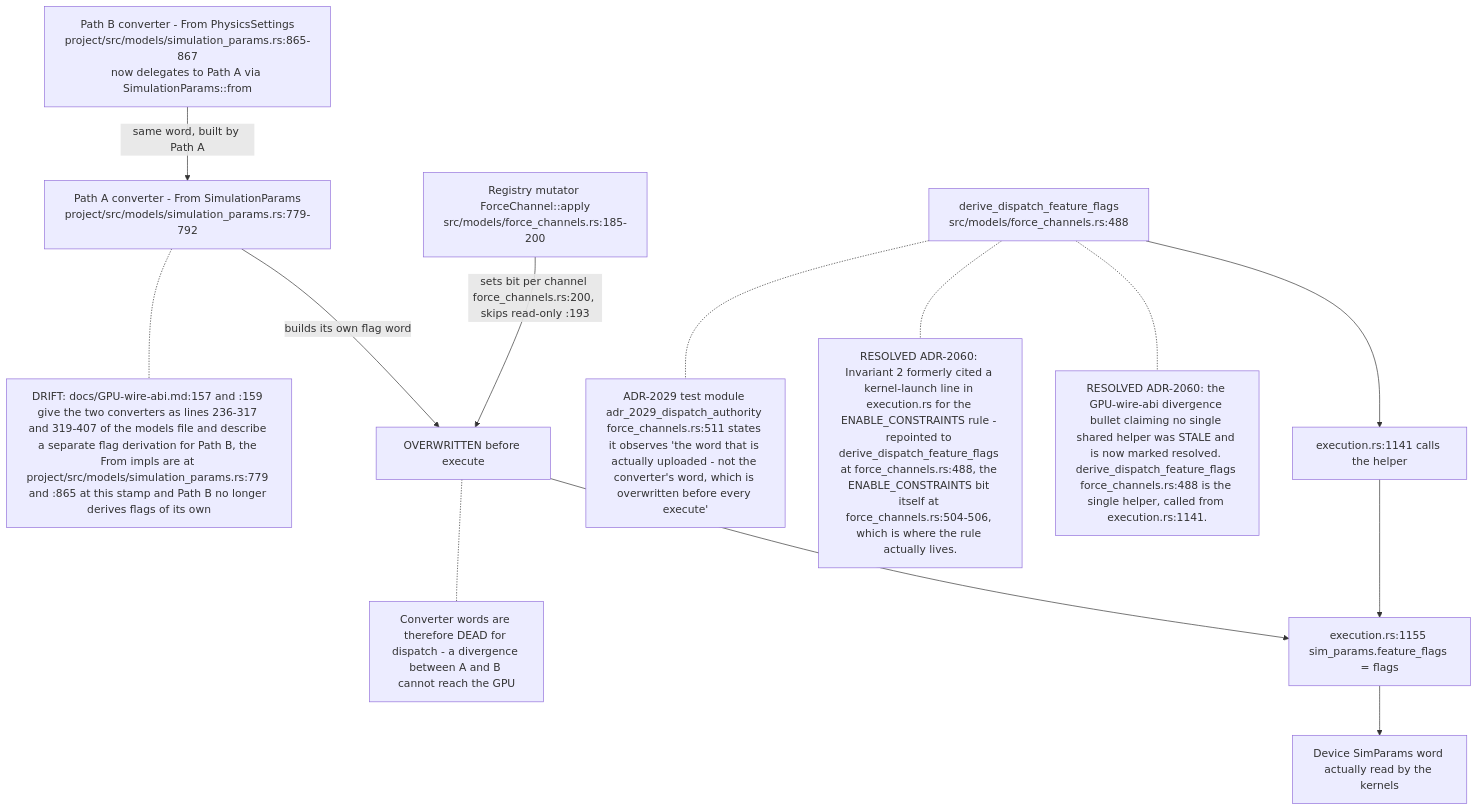
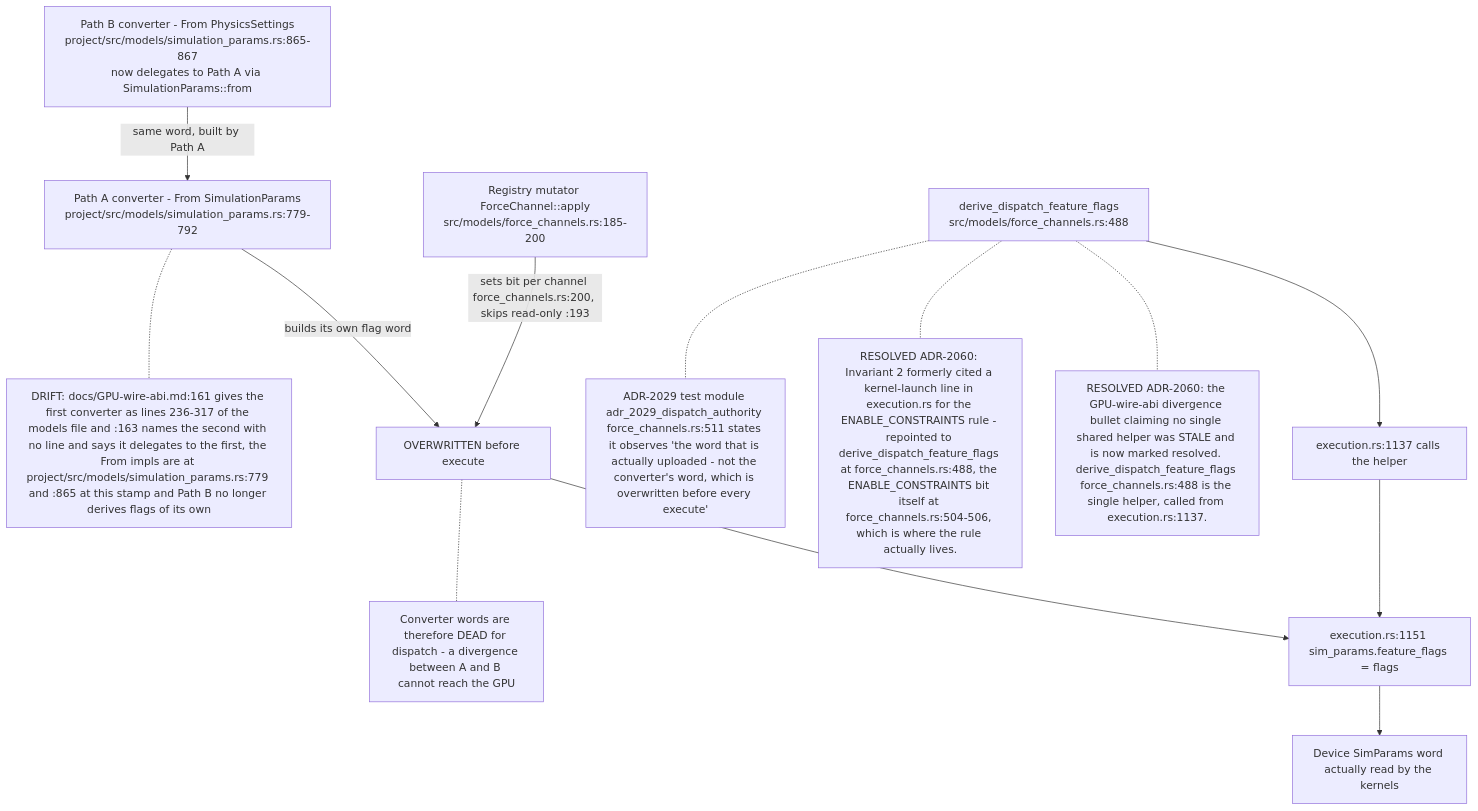
Before and after one commit to DreamLab-AI/VisionFlow: the third of 9 diagrams in docs/diagrams/visionclaw/11-physics-step-and-force-channels.md, drawn with Mermaid. The commit also changed other lines of this file and 81 other files, not shown here.

First line of the commit message:
docs(diagrams): roll VisionClaw topics to main 010e1109b (PR 37 and 38 merged); fix remaining prose citations

````diff
--- a/docs/diagrams/visionclaw/11-physics-step-and-force-channels.md
+++ b/docs/diagrams/visionclaw/11-physics-step-and-force-channels.md
@@ -130,27 +130,27 @@
 ```mermaid
 flowchart TD
     A["Path A converter - From SimulationParams<br/>project/src/models/simulation_params.rs:779-792"]
     B["Path B converter - From PhysicsSettings<br/>project/src/models/simulation_params.rs:865-867<br/>now delegates to Path A via SimulationParams::from"]
     C["Registry mutator ForceChannel::apply<br/>src/models/force_channels.rs:185-200"]
     D["derive_dispatch_feature_flags<br/>src/models/force_channels.rs:488"]
-    E["execution.rs:1141 calls the helper"]
-    F["execution.rs:1155 sim_params.feature_flags = flags"]
+    E["execution.rs:1137 calls the helper"]
+    F["execution.rs:1151 sim_params.feature_flags = flags"]
     G["Device SimParams word actually read by the kernels"]
 
     A -->|"builds its own flag word"| X["OVERWRITTEN before execute"]
     B -->|"same word, built by Path A"| A
     C -->|"sets bit per channel force_channels.rs:200, skips read-only :193"| X
     X --> F
     D --> E --> F --> G
 
-    N1["RESOLVED ADR-2060: the GPU-wire-abi divergence bullet claiming no single shared helper was STALE and is now marked resolved. derive_dispatch_feature_flags force_channels.rs:488 is the single helper, called from execution.rs:1141."]
+    N1["RESOLVED ADR-2060: the GPU-wire-abi divergence bullet claiming no single shared helper was STALE and is now marked resolved. derive_dispatch_feature_flags force_channels.rs:488 is the single helper, called from execution.rs:1137."]
     N2["RESOLVED ADR-2060: Invariant 2 formerly cited a kernel-launch line in execution.rs for the ENABLE_CONSTRAINTS rule - repointed to derive_dispatch_feature_flags at force_channels.rs:488, the ENABLE_CONSTRAINTS bit itself at force_channels.rs:504-506, which is where the rule actually lives."]
     N3["ADR-2029 test module adr_2029_dispatch_authority force_channels.rs:511 states it observes 'the word that is actually uploaded - not the converter's word, which is overwritten before every execute'"]
     N4["Converter words are therefore DEAD for dispatch - a divergence between A and B cannot reach the GPU"]
-    N5["DRIFT: docs/GPU-wire-abi.md:157 and :159 give the two converters as lines 236-317 and 319-407 of the models file and describe a separate flag derivation for Path B, the From impls are at project/src/models/simulation_params.rs:779 and :865 at this stamp and Path B no longer derives flags of its own"]
+    N5["DRIFT: docs/GPU-wire-abi.md:161 gives the first converter as lines 236-317 of the models file and :163 names the second with no line and says it delegates to the first, the From impls are at project/src/models/simulation_params.rs:779 and :865 at this stamp and Path B no longer derives flags of its own"]
     A -.- N5
     D -.- N1
     D -.- N2
     D -.- N3
     X -.- N4
 ```
````
